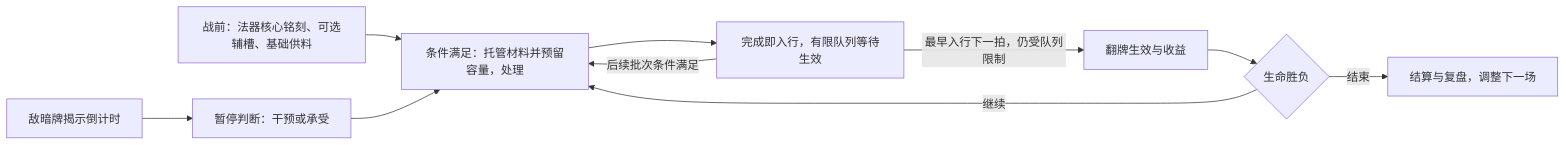
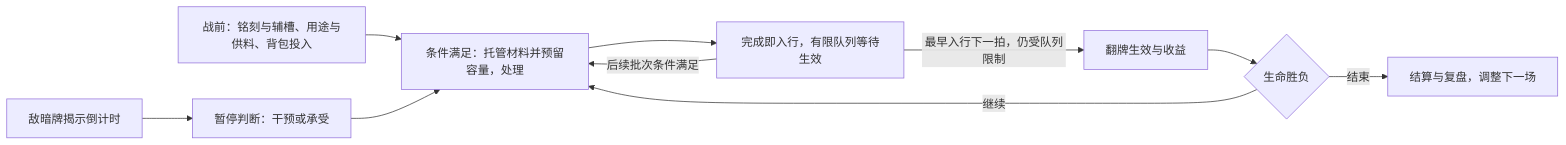
Before and after one commit to dsaj4/game_design: the diagram in yanzhou/design/GDD.md, drawn with Mermaid. The commit also changed other lines of this file and 30 other files, not shown here.

````diff
--- a/yanzhou/design/GDD.md
+++ b/yanzhou/design/GDD.md
@@ -52,12 +58,12 @@
 ```mermaid
 flowchart LR
-    A[战前：法器核心铭刻、可选辅槽、基础供料] --> B[条件满足：托管材料并预留容量，处理]
+    A[战前：铭刻与辅槽、用途与供料、背包投入] --> B[条件满足：托管材料并预留容量，处理]
     B --> C[完成即入行，有限队列等待生效]
     C -->|最早入行下一拍，仍受队列限制| D[翻牌生效与收益]
     C -->|后续批次条件满足| B
     E[敌暗牌揭示倒计时] --> F[暂停判断：干预或承受]
     F --> B
     D --> G{生命胜负}
     G -->|继续| B
     G -->|结束| H[结算与复盘，调整下一场]
 ```
````
